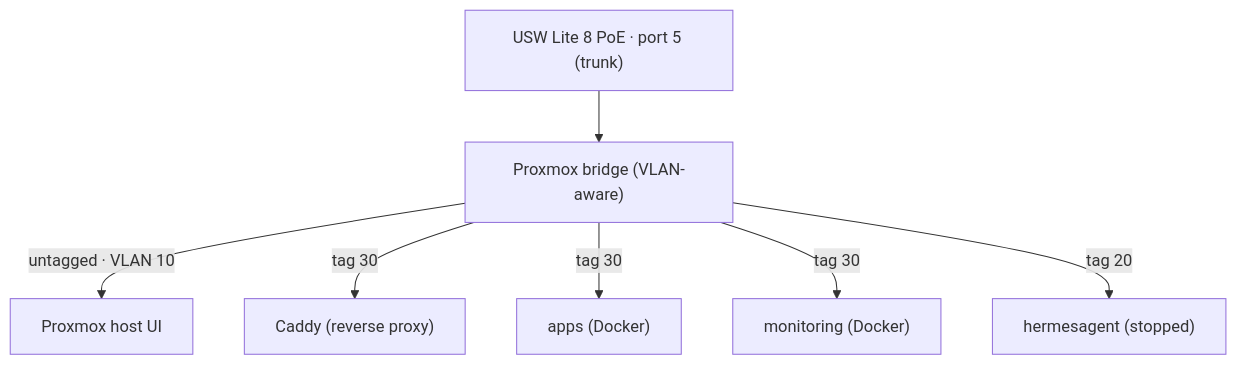
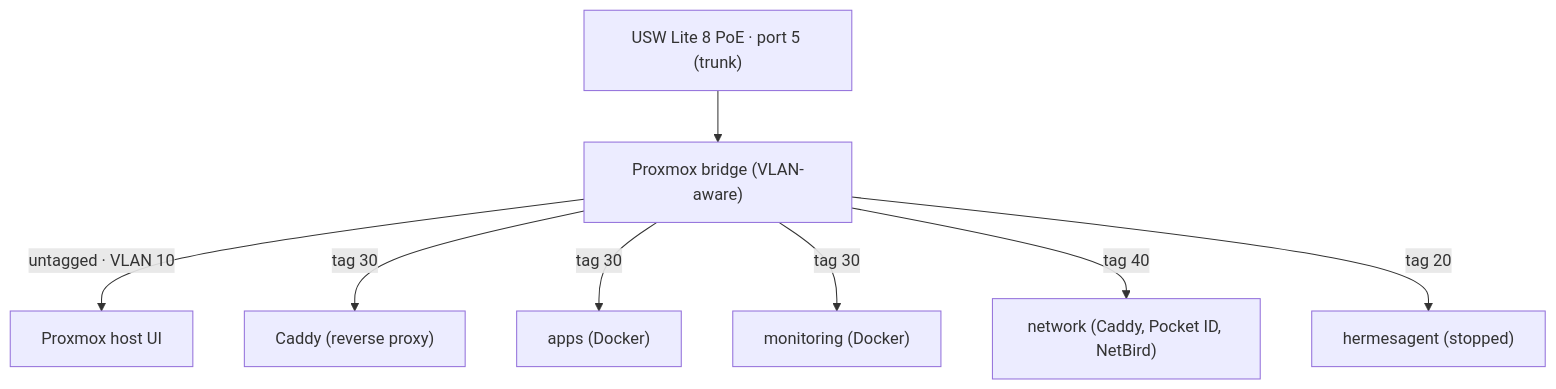
One commit to shaaz-f/home-server changed the diagram in docs/homelab.md. Above: the diagram before and after it, drawn with Mermaid. The commit also changed other lines of this file and 6 other files, not shown here.

Commit message:
Document network VM, NetBird, Pocket ID and port forwards

````diff
--- a/docs/homelab.md
+++ b/docs/homelab.md
@@ -13,9 +13,10 @@
 ```mermaid
 flowchart TD
     SW["USW Lite 8 PoE · port 5 (trunk)"] --> BR["Proxmox bridge (VLAN-aware)"]
     BR -- "untagged · VLAN 10" --> HOST["Proxmox host UI"]
     BR -- "tag 30" --> CADDY["Caddy (reverse proxy)"]
     BR -- "tag 30" --> APPS["apps (Docker)"]
     BR -- "tag 30" --> MON["monitoring (Docker)"]
+    BR -- "tag 40" --> NET["network (Caddy, Pocket ID, NetBird)"]
     BR -- "tag 20" --> HERMES["hermesagent (stopped)"]
 ```
````
